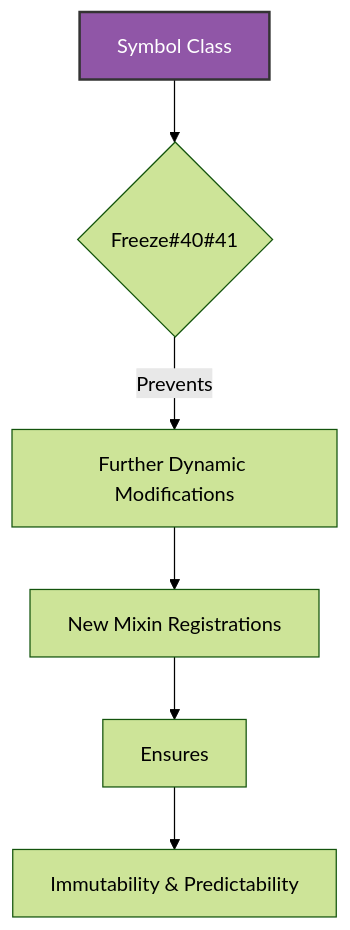
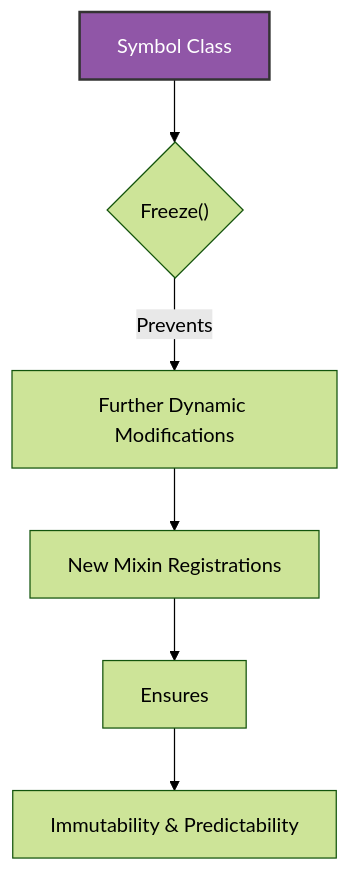
One commit to ikko/sym changed the third of 5 diagrams in docs/readme_details/6_memory_aware_maturing/index.md. Above: the diagram before and after it, drawn with Mermaid (forest theme). The commit also changed other lines of this file and 17 other files, not shown here.

````diff
--- a/docs/readme_details/6_memory_aware_maturing/index.md
+++ b/docs/readme_details/6_memory_aware_maturing/index.md
@@ -37,11 +37,11 @@
     ```mermaid
 graph TD
-        A[Symbol Class] --> B{Freeze#40#41};
+        A[Symbol Class] --> B{Freeze#40;#41;};
         B -- "Prevents" --> C[Further Dynamic Modifications];
         C --> D[New Mixin Registrations];
         D --> E[Ensures] --> F[Immutability & Predictability];
 
     style A fill:#9056a7,stroke:#333,stroke-width:2px,color:#FFFFFF;
 
     style A fill:#9056a7,stroke:#333,stroke-width:2px,color:#FFFFFF;
 ```
````
